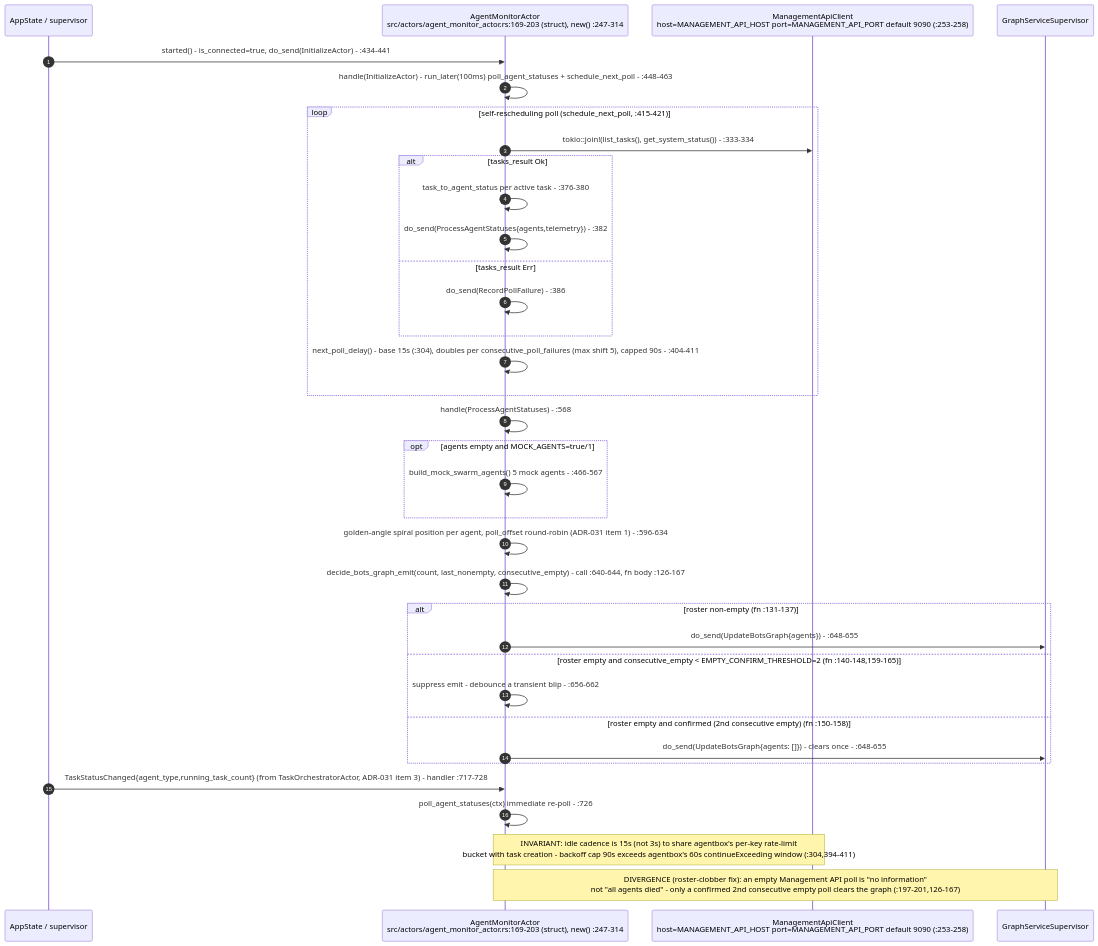
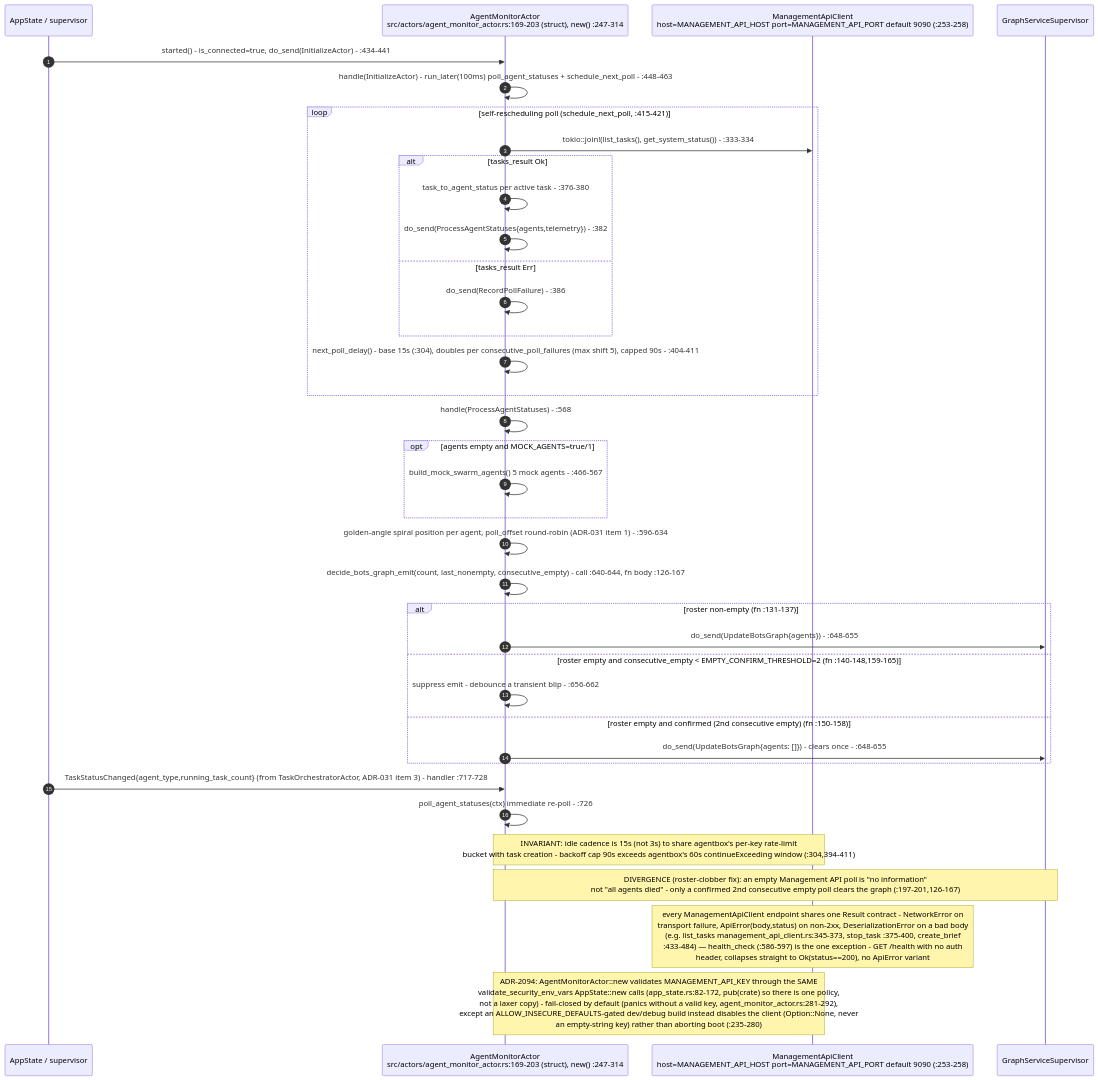
Before and after one commit to DreamLab-AI/VisionFlow: the seventh of 10 diagrams in docs/diagrams/visionclaw/27-agent-integration-mcp-relay.md, drawn with Mermaid. The commit also changed other lines of this file and 136 other files, not shown here.

First line of the commit message:
docs(diagrams): refresh the whole corpus to code HEAD and prune low-value diagrams

````diff
--- a/docs/diagrams/visionclaw/27-agent-integration-mcp-relay.md
+++ b/docs/diagrams/visionclaw/27-agent-integration-mcp-relay.md
@@ -305,38 +303,40 @@
 ```mermaid
 sequenceDiagram
     autonumber
     participant Sup as AppState / supervisor
     participant AM as AgentMonitorActor<br/>src/actors/agent_monitor_actor.rs:169-203 (struct), new() :247-314
     participant MAC as ManagementApiClient<br/>host=MANAGEMENT_API_HOST port=MANAGEMENT_API_PORT default 9090 (:253-258)
     participant GSS as GraphServiceSupervisor
 
     Sup->>AM: started() - is_connected=true, do_send(InitializeActor) - :434-441
     AM->>AM: handle(InitializeActor) - run_later(100ms) poll_agent_statuses + schedule_next_poll - :448-463
     loop self-rescheduling poll (schedule_next_poll, :415-421)
         AM->>MAC: tokio::join!(list_tasks(), get_system_status()) - :333-334
         alt tasks_result Ok
             AM->>AM: task_to_agent_status per active task - :376-380
             AM->>AM: do_send(ProcessAgentStatuses{agents,telemetry}) - :382
         else tasks_result Err
             AM->>AM: do_send(RecordPollFailure) - :386
         end
         AM->>AM: next_poll_delay() - base 15s (:304), doubles per consecutive_poll_failures (max shift 5), capped 90s - :404-411
     end
     AM->>AM: handle(ProcessAgentStatuses) - :568
     opt agents empty and MOCK_AGENTS=true/1
         AM->>AM: build_mock_swarm_agents() 5 mock agents - :466-567
     end
     AM->>AM: golden-angle spiral position per agent, poll_offset round-robin (ADR-031 item 1) - :596-634
     AM->>AM: decide_bots_graph_emit(count, last_nonempty, consecutive_empty) - call :640-644, fn body :126-167
     alt roster non-empty (fn :131-137)
         AM->>GSS: do_send(UpdateBotsGraph{agents}) - :648-655
     else roster empty and consecutive_empty < EMPTY_CONFIRM_THRESHOLD=2 (fn :140-148,159-165)
         AM->>AM: suppress emit - debounce a transient blip - :656-662
     else roster empty and confirmed (2nd consecutive empty) (fn :150-158)
         AM->>GSS: do_send(UpdateBotsGraph{agents: []}) - clears once - :648-655
     end
     Sup->>AM: TaskStatusChanged{agent_type,running_task_count} (from TaskOrchestratorActor, ADR-031 item 3) - handler :717-728
     AM->>AM: poll_agent_statuses(ctx) immediate re-poll - :726
     Note over AM,MAC: INVARIANT: idle cadence is 15s (not 3s) to share agentbox's per-key rate-limit<br/>bucket with task creation - backoff cap 90s exceeds agentbox's 60s continueExceeding window (:304,394-411)
     Note over AM,GSS: DIVERGENCE (roster-clobber fix): an empty Management API poll is "no information"<br/>not "all agents died" - only a confirmed 2nd consecutive empty poll clears the graph (:197-201,126-167)
+    Note over MAC: every ManagementApiClient endpoint shares one Result contract - NetworkError on<br/>transport failure, ApiError(body,status) on non-2xx, DeserializationError on a bad body<br/>(e.g. list_tasks management_api_client.rs:345-373, stop_task :375-400, create_brief<br/>:433-484) — health_check (:586-597) is the one exception - GET /health with no auth<br/>header, collapses straight to Ok(status==200), no ApiError variant
+    Note over AM,MAC: ADR-2094: AgentMonitorActor::new validates MANAGEMENT_API_KEY through the SAME<br/>validate_security_env_vars AppState::new calls (app_state.rs:82-172, pub(crate) so there is one policy,<br/>not a laxer copy) - fail-closed by default (panics without a valid key, agent_monitor_actor.rs:281-292),<br/>except an ALLOW_INSECURE_DEFAULTS-gated dev/debug build instead disables the client (Option::None, never<br/>an empty-string key) rather than aborting boot (:235-280)
 ```
````
